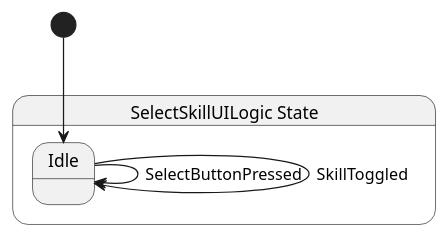
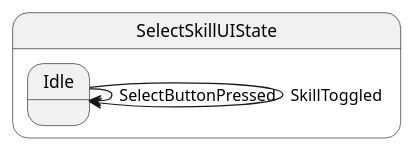
Before and after one commit to Ygoat/EternalJourney: the diagram in src/select_ui/state/SelectSkillUILogic.g.puml, drawn with PlantUML. The commit also changed 56 other files, not shown here.

```diff
--- a/src/select_ui/state/SelectSkillUILogic.g.puml
+++ b/src/select_ui/state/SelectSkillUILogic.g.puml
@@ -1,9 +1,8 @@
-@startuml SelectSkillUILogic
-state "SelectSkillUILogic State" as EternalJourney_SelectUI_State_SelectSkillUILogic_State {
-  state "Idle" as EternalJourney_SelectUI_State_SelectSkillUILogic_State_Idle
+@startuml SelectSkillUIState
+state "SelectSkillUIState" as EternalJourney_SelectUI_State_SelectSkillUIState {
+  state "Idle" as EternalJourney_SelectUI_State_SelectSkillUIState_Idle
 }
 
-EternalJourney_SelectUI_State_SelectSkillUILogic_State_Idle --> EternalJourney_SelectUI_State_SelectSkillUILogic_State_Idle : SelectButtonPressed
-EternalJourney_SelectUI_State_SelectSkillUILogic_State_Idle --> EternalJourney_SelectUI_State_SelectSkillUILogic_State_Idle : SkillToggled
-[*] --> EternalJourney_SelectUI_State_SelectSkillUILogic_State_Idle
+EternalJourney_SelectUI_State_SelectSkillUIState_Idle --> EternalJourney_SelectUI_State_SelectSkillUIState_Idle : SelectButtonPressed
+EternalJourney_SelectUI_State_SelectSkillUIState_Idle --> EternalJourney_SelectUI_State_SelectSkillUIState_Idle : SkillToggled
 @enduml
```
